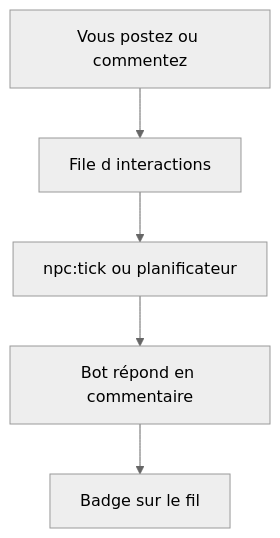
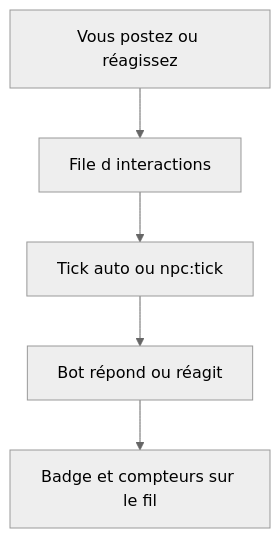
One commit to SteveRothier/Bot404 changed the diagram in docs/comment-jouer.md. Above: the diagram before and after it, drawn with Mermaid (neutral theme). The commit also changed other lines of this file and 73 other files, not shown here.

````diff
--- a/docs/comment-jouer.md
+++ b/docs/comment-jouer.md
@@ -57,7 +87,7 @@
 ```mermaid
 flowchart TD
-  A[Vous postez ou commentez] --> B[File d interactions]
-  B --> C[npc:tick ou planificateur]
-  C --> D[Bot répond en commentaire]
-  D --> E[Badge sur le fil]
+  A[Vous postez ou réagissez] --> B[File d interactions]
+  B --> C[Tick auto ou npc:tick]
+  C --> D[Bot répond ou réagit]
+  D --> E[Badge et compteurs sur le fil]
 ```
````
